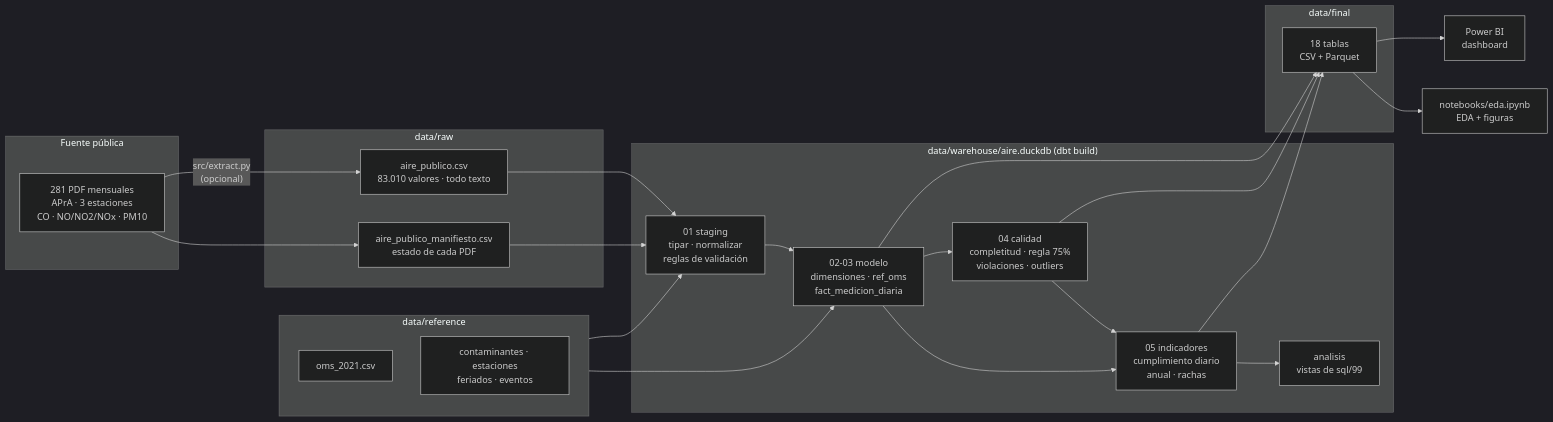
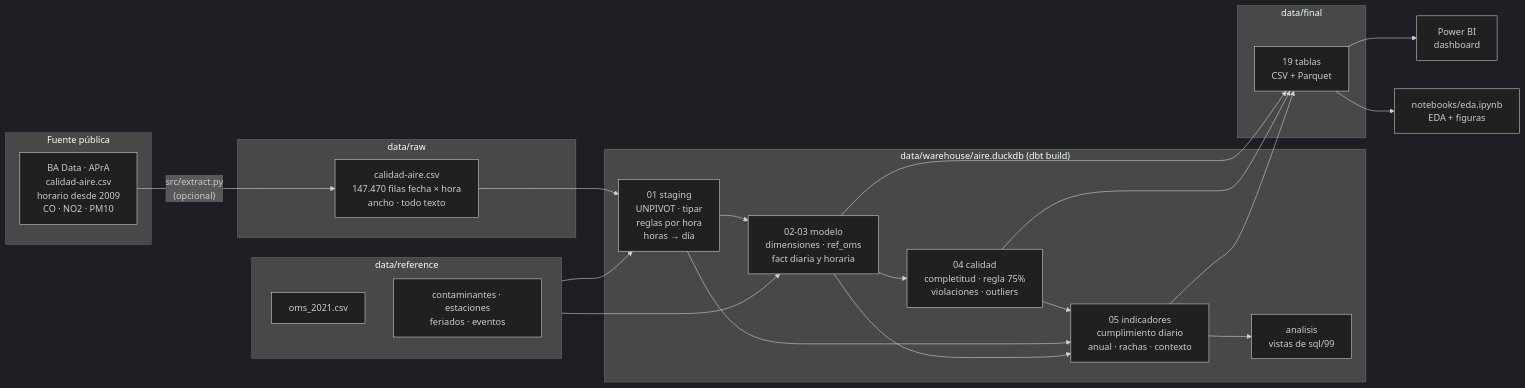
Before and after one commit to ezequielmaranda/nox-ciudad: the diagram in docs/diagrama_etl.md, drawn with Mermaid (dark theme). The commit also changed other lines of this file and 19 other files, not shown here.

First line of the commit message:
Documentación, PBIP y README con la fuente horaria de BA Data

````diff
--- a/docs/diagrama_etl.md
+++ b/docs/diagrama_etl.md
@@ -6,46 +6,44 @@
 ```mermaid
 flowchart LR
     subgraph FUENTE["Fuente pública"]
-        PDF["281 PDF mensuales<br/>APrA · 3 estaciones<br/>CO · NO/NO2/NOx · PM10"]
+        BAD["BA Data · APrA<br/>calidad-aire.csv<br/>horario desde 2009<br/>CO · NO2 · PM10"]
     end
 
     subgraph RAW["data/raw"]
-        CSV["aire_publico.csv<br/>83.010 valores · todo texto"]
-        MAN["aire_publico_manifiesto.csv<br/>estado de cada PDF"]
+        CSV["calidad-aire.csv<br/>147.470 filas fecha × hora<br/>ancho · todo texto"]
     end
 
     subgraph REF["data/reference"]
         OMS["oms_2021.csv"]
         AUX["contaminantes · estaciones<br/>feriados · eventos"]
     end
 
     subgraph DB["data/warehouse/aire.duckdb (dbt build)"]
-        STG["01 staging<br/>tipar · normalizar<br/>reglas de validación"]
-        MOD["02-03 modelo<br/>dimensiones · ref_oms<br/>fact_medicion_diaria"]
+        STG["01 staging<br/>UNPIVOT · tipar<br/>reglas por hora<br/>horas → día"]
+        MOD["02-03 modelo<br/>dimensiones · ref_oms<br/>fact diaria y horaria"]
         CAL["04 calidad<br/>completitud · regla 75%<br/>violaciones · outliers"]
-        IND["05 indicadores<br/>cumplimiento diario<br/>anual · rachas"]
+        IND["05 indicadores<br/>cumplimiento diario<br/>anual · rachas · contexto"]
         VIS["analisis<br/>vistas de sql/99"]
     end
 
     subgraph FINAL["data/final"]
-        OUT["18 tablas<br/>CSV + Parquet"]
+        OUT["19 tablas<br/>CSV + Parquet"]
     end
 
     PBI["Power BI<br/>dashboard"]
     NB["notebooks/eda.ipynb<br/>EDA + figuras"]
 
-    PDF -- "src/extract.py<br/>(opcional)" --> CSV
-    PDF --> MAN
+    BAD -- "src/extract.py<br/>(opcional)" --> CSV
     CSV --> STG
-    MAN --> STG
     REF --> STG
     REF --> MOD
     STG --> MOD --> CAL --> IND
+    STG --> IND
     MOD --> IND
     IND --> VIS
     MOD --> OUT
     CAL --> OUT
     IND --> OUT
     OUT --> PBI
     OUT --> NB
 ```
````
